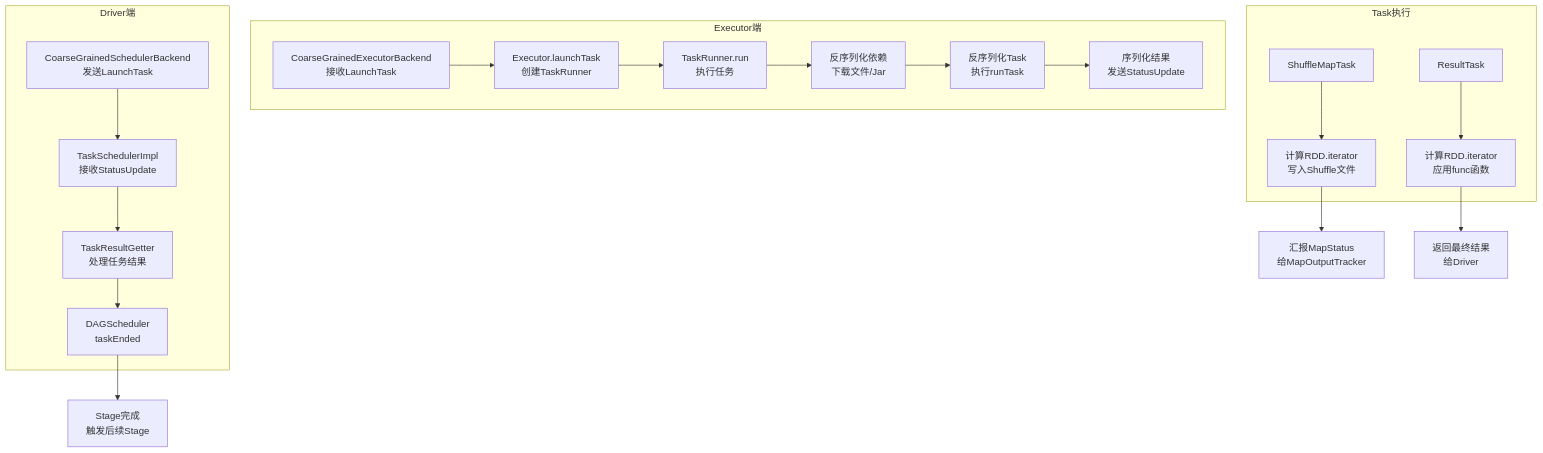
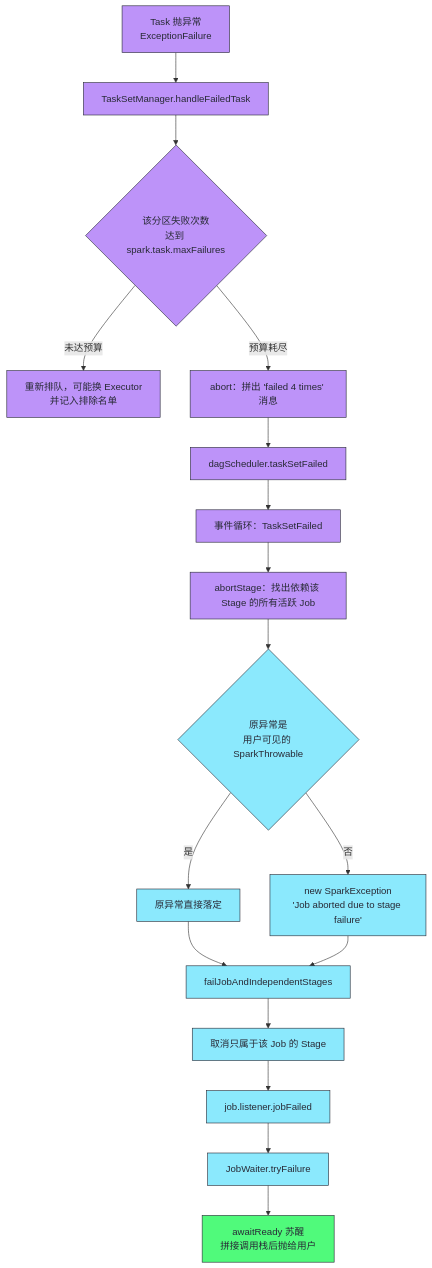
The third of 5 diagrams in content/大数据/Spark/读书笔记-spark内核/03_调度与执行机制/9. Spark_Job生命周期详解.md (hpliStartAgain/my-brain), drawn with Mermaid before and after one commit. The commit also changed other lines of this file and 259 other files, not shown here.

````diff
--- a/content/大数据/Spark/读书笔记-spark内核/03_调度与执行机制/9. Spark_Job生命周期详解.md
+++ b/content/大数据/Spark/读书笔记-spark内核/03_调度与执行机制/9. Spark_Job生命周期详解.md
@@ -564,25 +413,27 @@
 ```mermaid
+%%{init: {'theme': 'dracula'}}%%
 flowchart TD
-    subgraph "Driver端"
-        A["CoarseGrainedSchedulerBackend<br>发送LaunchTask"] --> B["TaskSchedulerImpl<br>接收StatusUpdate"]
-        B --> C["TaskResultGetter<br>处理任务结果"]
-        C --> D["DAGScheduler<br>taskEnded"]
-    end
-    
-    subgraph "Executor端"
-        E["CoarseGrainedExecutorBackend<br>接收LaunchTask"] --> F["Executor.launchTask<br>创建TaskRunner"]
-        F --> G["TaskRunner.run<br>执行任务"]
-        G --> H["反序列化依赖<br>下载文件/Jar"]
-        H --> I["反序列化Task<br>执行runTask"]
-        I --> J["序列化结果<br>发送StatusUpdate"]
-    end
-    
-    subgraph "Task执行"
-        K["ShuffleMapTask"] --> L["计算RDD.iterator<br>写入Shuffle文件"]
-        M["ResultTask"] --> N["计算RDD.iterator<br>应用func函数"]
-    end
-    
-    D --> O["Stage完成<br>触发后续Stage"]
-    L --> P["汇报MapStatus<br>给MapOutputTracker"]
-    N --> Q["返回最终结果<br>给Driver"]
+    T["Task 抛异常<br/>ExceptionFailure"] --> H["TaskSetManager.handleFailedTask"]
+    H --> C{"该分区失败次数<br/>达到 spark.task.maxFailures"}
+    C -- "未达预算" --> R["重新排队，可能换 Executor<br/>并记入排除名单"]
+    C -- "预算耗尽" --> A["abort：拼出 'failed 4 times' 消息"]
+    A --> F["dagScheduler.taskSetFailed"]
+    F --> E["事件循环：TaskSetFailed"]
+    E --> AS["abortStage：找出依赖该 Stage 的所有活跃 Job"]
+    AS --> W{"原异常是<br/>用户可见的 SparkThrowable"}
+    W -- "是" --> P["原异常直接落定"]
+    W -- "否" --> Q["new SparkException<br/>'Job aborted due to stage failure'"]
+    P --> J["failJobAndIndependentStages"]
+    Q --> J
+    J --> K["取消只属于该 Job 的 Stage"]
+    K --> L["job.listener.jobFailed"]
+    L --> M["JobWaiter.tryFailure"]
+    M --> N["awaitReady 苏醒<br/>拼接调用栈后抛给用户"]
+    classDef task fill:#ff79c6,stroke:#282a36,color:#282a36
+    classDef sched fill:#bd93f9,stroke:#282a36,color:#282a36
+    classDef job fill:#8be9fd,stroke:#282a36,color:#282a36
+    classDef user fill:#50fa7b,stroke:#282a36,color:#282a36
+    class T,H,C,R,A,F,E,AS sched
+    class W,P,Q,J,K,L,M job
+    class N user
 ```
````
